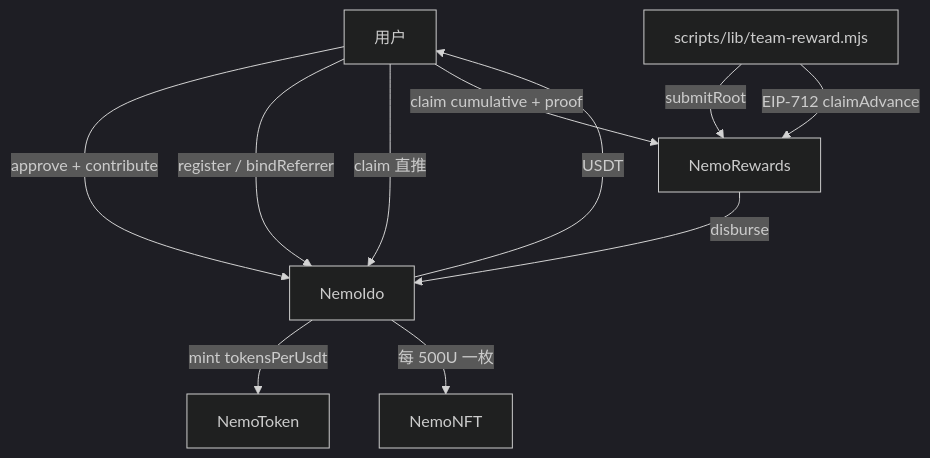
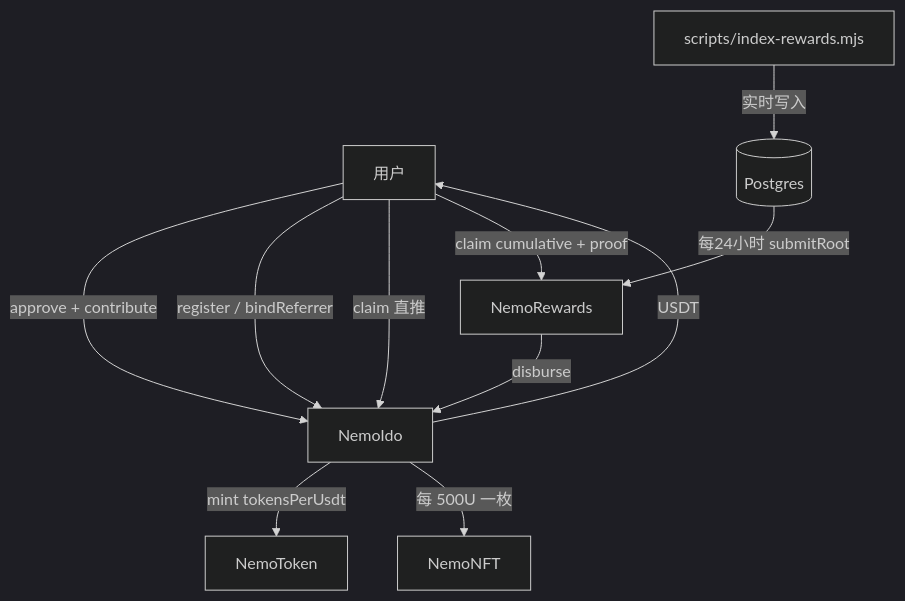
One commit to freedaocrypto/nemoido changed the diagram in ARCHITECTURE.md. Above: the diagram before and after it, drawn with Mermaid (dark theme). The commit also changed other lines of this file and 44 other files, not shown here.

First line of the commit message:
Replace reward advances with a Postgres index and NFT weekly interest.

````diff
--- a/ARCHITECTURE.md
+++ b/ARCHITECTURE.md
@@ -13,13 +13,13 @@
 ```mermaid
 flowchart TB
   User[用户] -->|approve + contribute| Vault[NemoIdo]
   User -->|register / bindReferrer| Vault
   User -->|claim 直推| Vault
   Vault -->|mint tokensPerUsdt| Token[NemoToken]
   Vault -->|每 500U 一枚| NFT[NemoNFT]
-  Calc[scripts/lib/team-reward.mjs] -->|submitRoot| Rewards[NemoRewards]
-  Calc -->|EIP-712 claimAdvance| Rewards
+  Calc[scripts/index-rewards.mjs] -->|实时写入| DB[(Postgres)]
+  DB -->|每24小时 submitRoot| Rewards[NemoRewards]
   User -->|claim cumulative + proof| Rewards
   Rewards -->|disburse| Vault
   Vault -->|USDT| User
 ```
````
